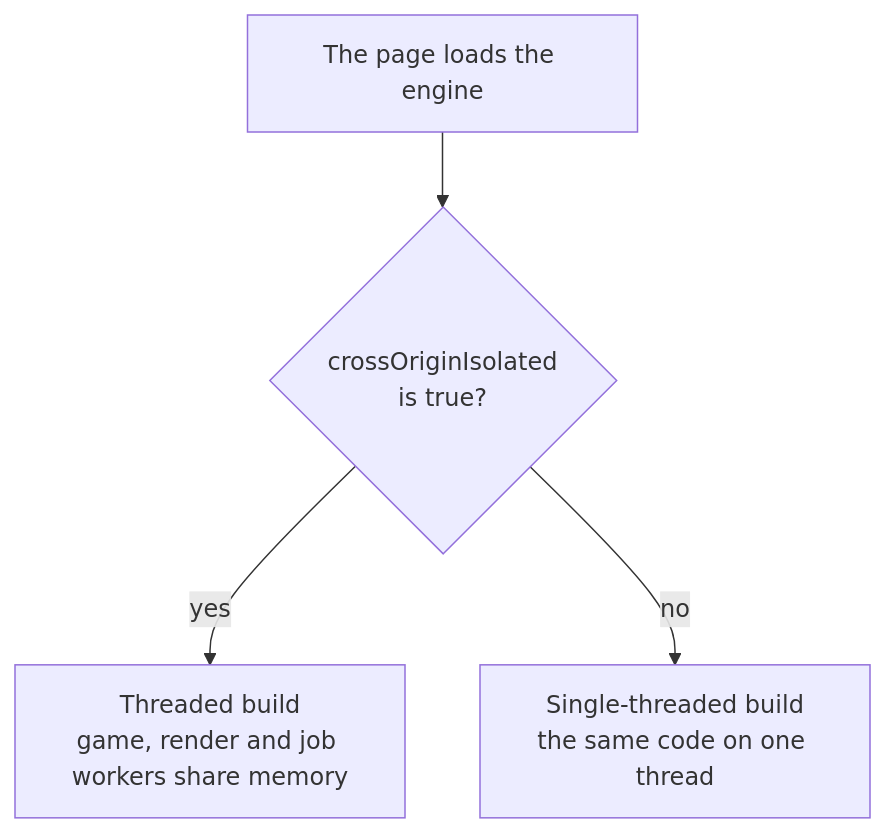
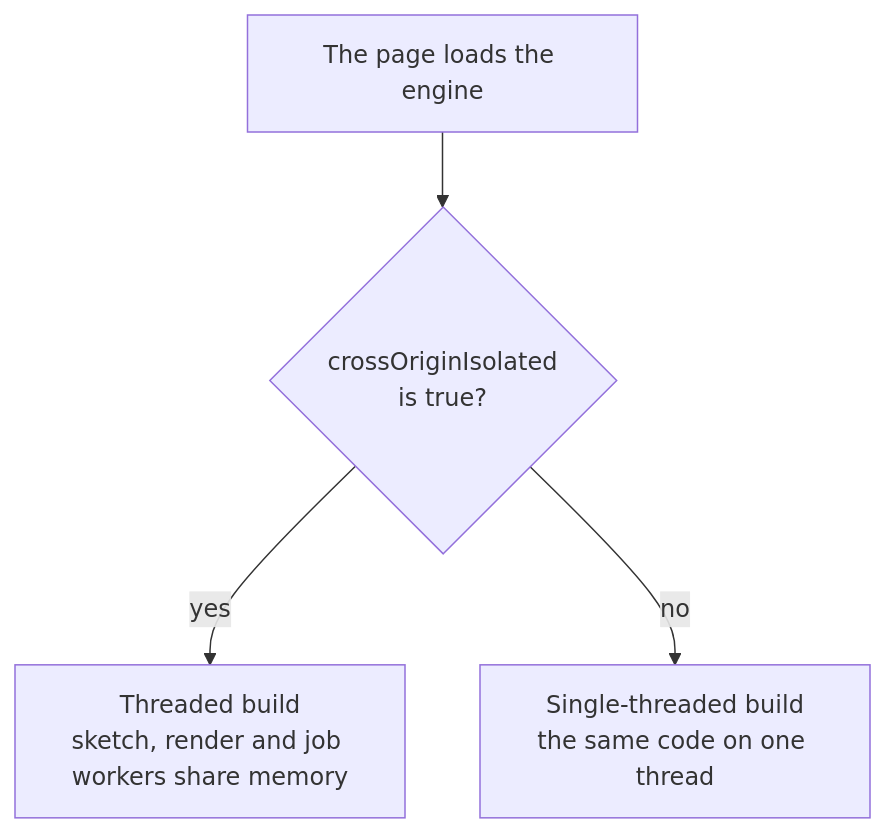
Before and after one commit to null3d-engine/null3d: the diagram in docs/getting-started/hosting.md, drawn with Mermaid. The commit also changed other lines of this file and 116 other files, not shown here.

First line of the commit message:
feat(engine)!: call a 3D scene a sketch, and rename the game APIs to match

````diff
--- a/docs/getting-started/hosting.md
+++ b/docs/getting-started/hosting.md
@@ -13,6 +13,6 @@
 ```mermaid
 flowchart TD
     load["The page loads the engine"] --> check{"crossOriginIsolated<br/>is true?"}
-    check -- "yes" --> threaded["Threaded build<br/>game, render and job workers share memory"]
+    check -- "yes" --> threaded["Threaded build<br/>sketch, render and job workers share memory"]
     check -- "no" --> single["Single-threaded build<br/>the same code on one thread"]
 ```
````
